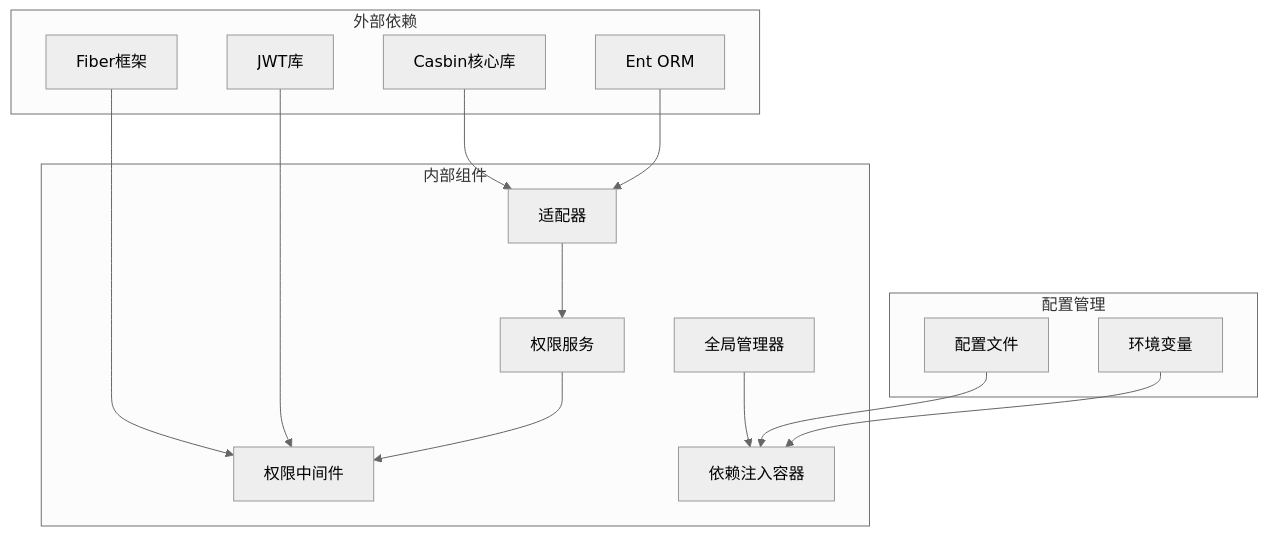
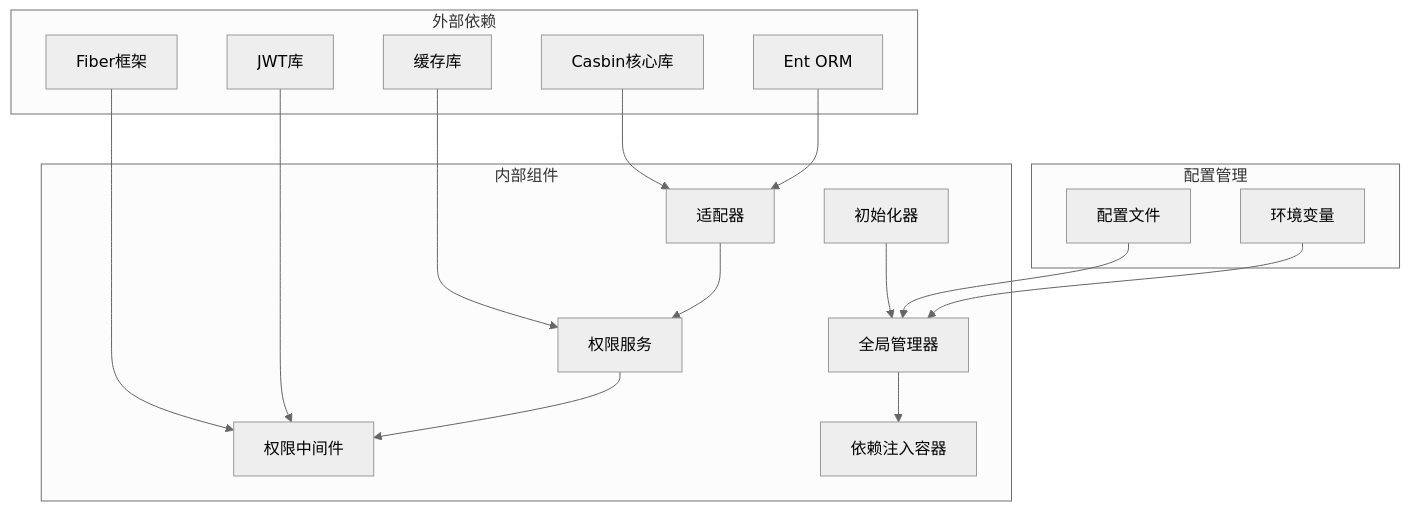
One commit to wuwuseo/e-sports-go-admin changed the eighth of 9 diagrams in .qoder/repowiki/zh/content/权限管理系统/Casbin权限引擎集成.md. Above: the diagram before and after it, drawn with Mermaid (neutral theme). The commit also changed other lines of this file and 26 other files, not shown here.

````diff
--- a/.qoder/repowiki/zh/content/权限管理系统/Casbin权限引擎集成.md
+++ b/.qoder/repowiki/zh/content/权限管理系统/Casbin权限引擎集成.md
@@ -318,29 +385,33 @@
 ```mermaid
 graph TB
 subgraph "外部依赖"
 A[Casbin核心库]
 B[Ent ORM]
 C[Fiber框架]
 D[JWT库]
+E[缓存库]
 end
 subgraph "内部组件"
-E[适配器]
-F[权限服务]
-G[权限中间件]
-H[全局管理器]
-I[依赖注入容器]
+F[适配器]
+G[权限服务]
+H[权限中间件]
+I[全局管理器]
+J[依赖注入容器]
+K[初始化器]
 end
 subgraph "配置管理"
-J[配置文件]
-K[环境变量]
+L[配置文件]
+M[环境变量]
 end
-A --> E
-B --> E
-C --> G
-D --> G
-E --> F
+A --> F
+B --> F
+C --> H
+D --> H
+E --> G
 F --> G
-H --> I
-J --> I
+G --> H
+I --> J
 K --> I
+L --> I
+M --> I
 ```
````
